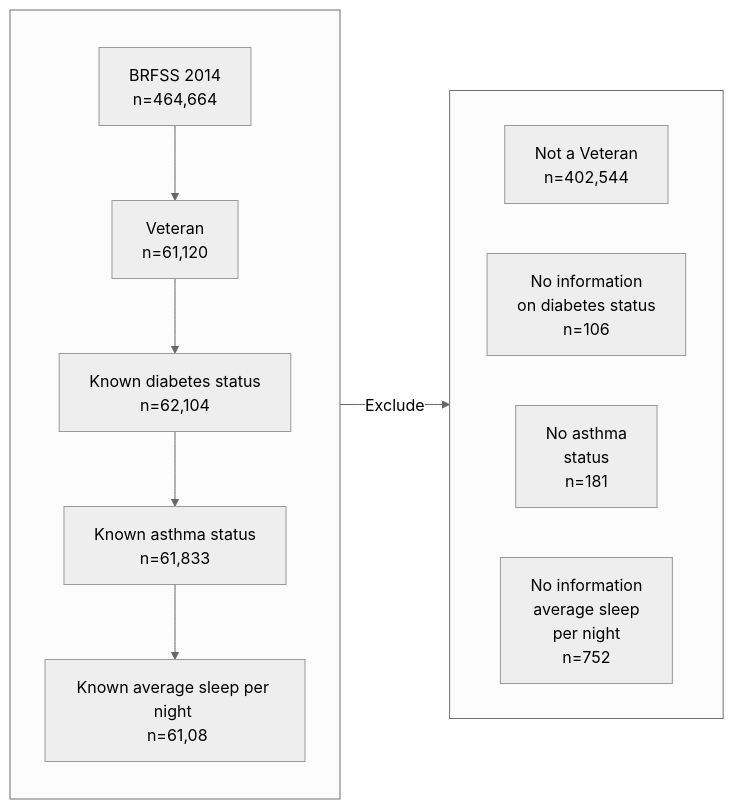
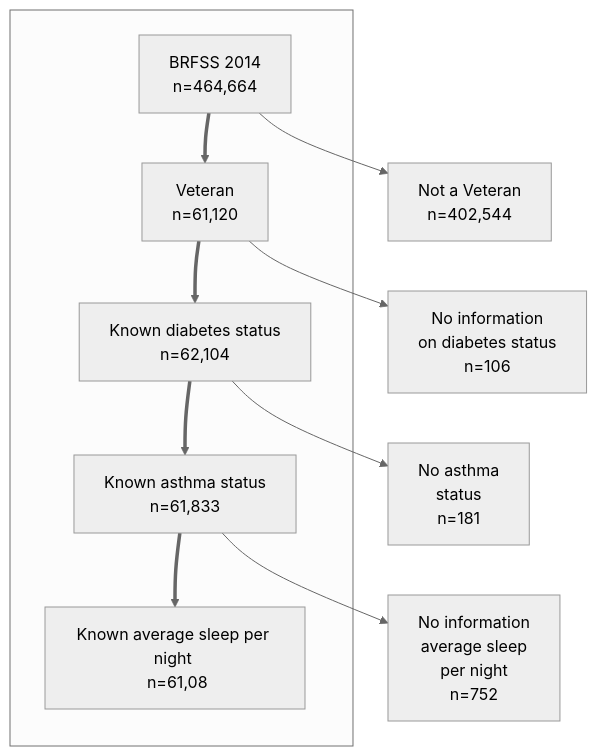
The diagram in docs/README.md (NSAPH-Data-Processing/sql-utils), drawn with Mermaid (neutral theme) before and after one commit.

````diff
--- a/docs/README.md
+++ b/docs/README.md
@@ -12,23 +12,14 @@
 ```mermaid
-flowchart LR
+flowchart TB
+    subgraph ID100[ ]
+        ID1[BRFSS 2014 \n n=464,664]==>ID2[Veteran \n n=61,120]
+        ID2==>ID3[Known diabetes status \n n=62,104]
+        ID3==>ID4[Known asthma status \n n=61,833]
+        ID4==>ID5[Known average sleep per night \n n=61,08]
+    end
+ID1-->ID10[Not a Veteran \n n=402,544]
+ID2-->ID11[No information \n on diabetes status \n n=106]
+ID3-->ID12[No asthma \nstatus \n n=181]
+ID4-->ID13[No information \n average sleep \n per night \n n=752]
 
-    subgraph ID100[ ]
-        direction TB
-        ID1[BRFSS 2014 \n n=464,664]-->ID2[Veteran \n n=61,120]
-        ID2-->ID3[Known diabetes status \n n=62,104]
-        ID3-->ID4[Known asthma status \n n=61,833]
-        ID4-->ID5[Known average sleep per night \n n=61,08]
-    end
-    
-    subgraph ID101[ ]
-        direction LR
-        ID10[Not a Veteran \n n=402,544]
-        ID11[No information \n on diabetes status \n n=106]
-        ID12[No asthma \nstatus \n n=181]
-        ID13[No information \n average sleep \n per night \n n=752]
-    end
-    
-
-    
-    ID100-->|Exclude|ID101
 ```
````
